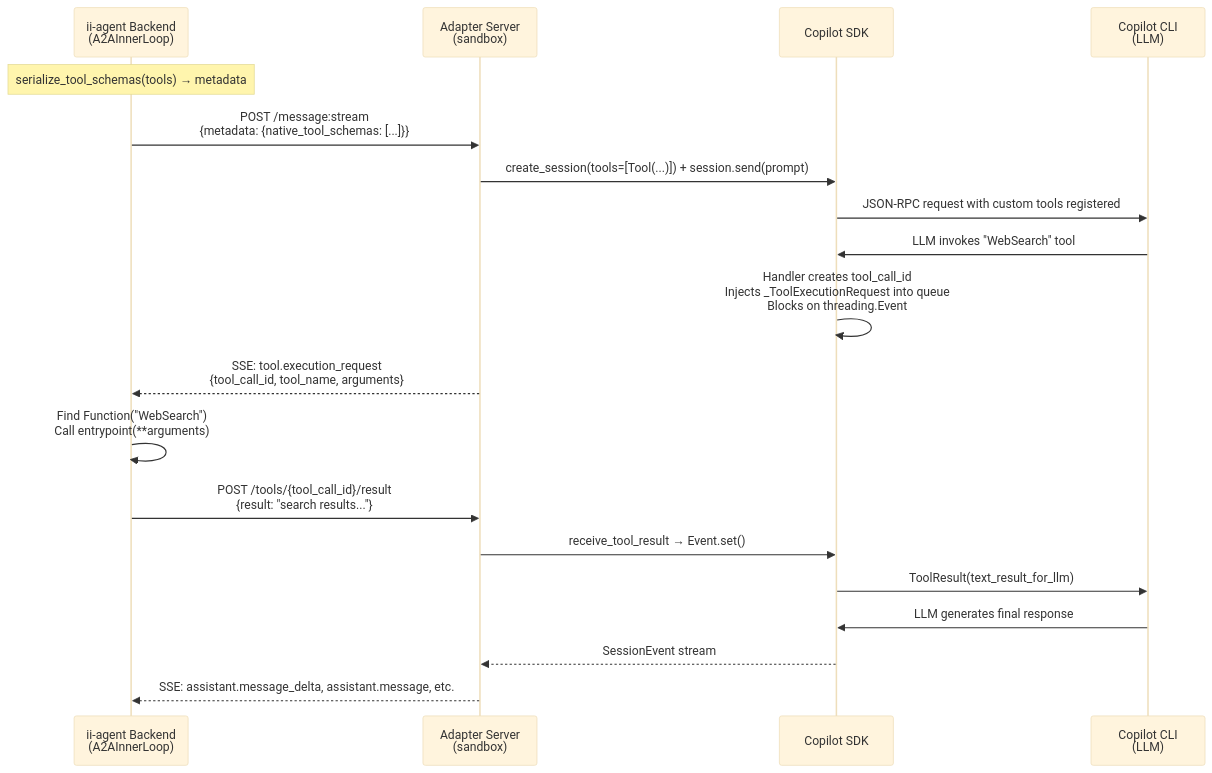
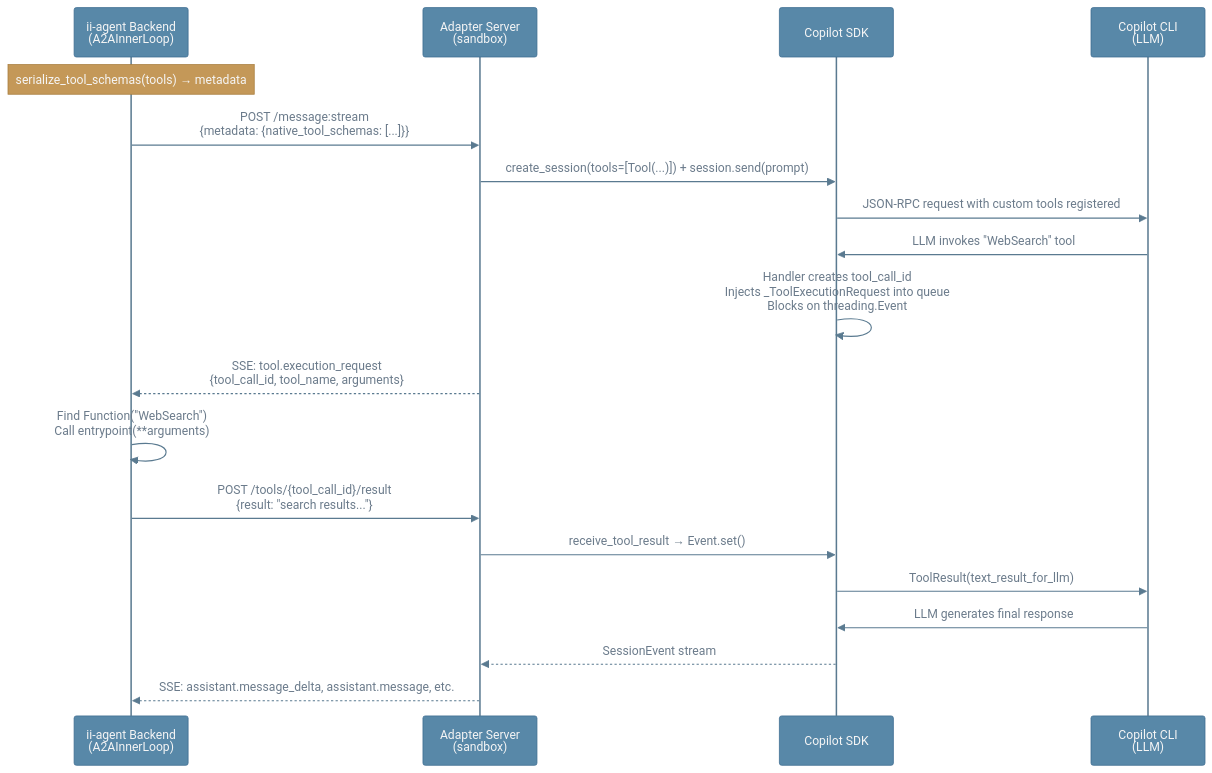
The fourth of 4 diagrams in docs/design-docs/a2a-tool-bridge-gap-analysis.md (Intelligent-Internet/ii-agent), drawn with Mermaid before and after one commit. The commit also changed 52 other files, not shown here.

````diff
--- a/docs/design-docs/a2a-tool-bridge-gap-analysis.md
+++ b/docs/design-docs/a2a-tool-bridge-gap-analysis.md
@@ -263,28 +263,28 @@
 ```mermaid
-%%{init: {'theme':'base', 'themeVariables': {'fontFamily': 'Arial, sans-serif', 'fontSize': '13px', 'fontWeight': 'normal'}}}%%
+%%{init: {'theme':'base', 'themeVariables': {'fontFamily': 'Arial, sans-serif', 'fontSize': '13px', 'fontWeight': 'normal', 'actorBkg': '#5888a8', 'actorBorder': '#3c6c90', 'actorTextColor': '#f5f5f5', 'actorLineColor': '#5a7a90', 'signalColor': '#5a7a90', 'signalTextColor': '#6b7b8b', 'noteBkgColor': '#c49858', 'noteBorderColor': '#a87c3c', 'noteTextColor': '#f5f5f5', 'loopTextColor': '#6b7b8b', 'labelBoxBkgColor': '#5888a866', 'labelBoxBorderColor': '#3c6c908C', 'activationBkgColor': '#5888a866', 'activationBorderColor': '#3c6c90'}}}%%
 sequenceDiagram
     participant Backend as ii-agent Backend<br/>(A2AInnerLoop)
     participant Adapter as Adapter Server<br/>(sandbox)
     participant SDK as Copilot SDK
     participant CLI as Copilot CLI<br/>(LLM)
 
     Note over Backend: serialize_tool_schemas(tools) → metadata
     Backend->>Adapter: POST /message:stream<br/>{metadata: {native_tool_schemas: [...]}}
     Adapter->>SDK: create_session(tools=[Tool(...)]) + session.send(prompt)
     SDK->>CLI: JSON-RPC request with custom tools registered
 
     CLI->>SDK: LLM invokes "WebSearch" tool
     SDK->>SDK: Handler creates tool_call_id<br/>Injects _ToolExecutionRequest into queue<br/>Blocks on threading.Event
 
     Adapter-->>Backend: SSE: tool.execution_request<br/>{tool_call_id, tool_name, arguments}
 
     Backend->>Backend: Find Function("WebSearch")<br/>Call entrypoint(**arguments)
 
     Backend->>Adapter: POST /tools/{tool_call_id}/result<br/>{result: "search results..."}
     Adapter->>SDK: receive_tool_result → Event.set()
     SDK->>CLI: ToolResult(text_result_for_llm)
 
     CLI->>SDK: LLM generates final response
     SDK-->>Adapter: SessionEvent stream
     Adapter-->>Backend: SSE: assistant.message_delta, assistant.message, etc.
 ```
````
